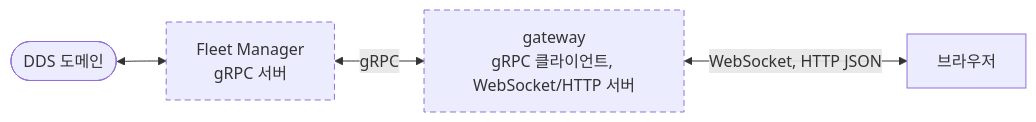
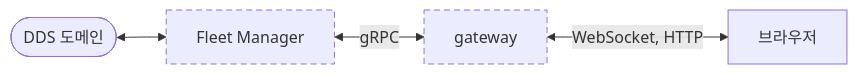
One commit to danielhongwoo/idsim changed the seventh of 8 diagrams in docs/architecture.md. Above: the diagram before and after it, drawn with Mermaid. The commit also changed other lines of this file and 1 other file, not shown here.

First line of the commit message:
architecture.md의 모든 그림을 더 작은 기준으로 다시 나눔

````diff
--- a/docs/architecture.md
+++ b/docs/architecture.md
@@ -361,14 +344,14 @@
 ```mermaid
 flowchart LR
   DDS4(["DDS 도메인"])
-  FM["Fleet Manager<br/>gRPC 서버"]
-  GWP["gateway<br/>gRPC 클라이언트, WebSocket/HTTP 서버"]
+  FM["Fleet Manager"]
+  GWP["gateway"]
   WEB4["브라우저"]
 
   DDS4 <--> FM
   FM <-->|"gRPC"| GWP
-  GWP <-->|"WebSocket, HTTP JSON"| WEB4
+  GWP <-->|"WebSocket, HTTP"| WEB4
 
   classDef later stroke-dasharray: 6 4
   class FM,GWP later
 ```
````
